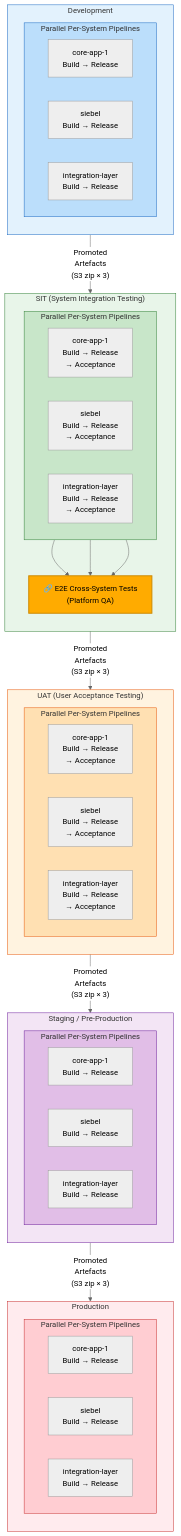
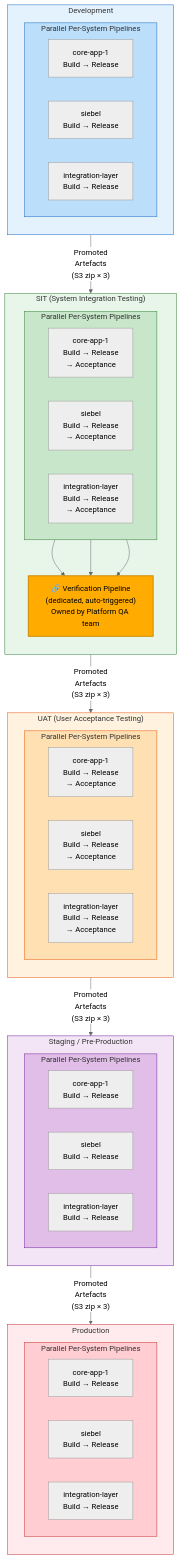
Before and after one commit to mitsram/integration-example-aws: the seventh of 14 diagrams in docs/cicd-integration.md, drawn with Mermaid (neutral theme). The commit also changed other lines of this file and 1 other file, not shown here.

````diff
--- a/docs/cicd-integration.md
+++ b/docs/cicd-integration.md
@@ -168,73 +252,73 @@
 ```mermaid
 flowchart TB
     subgraph DEV["Development"]
         direction TB
         subgraph DEV_P["Parallel Per-System Pipelines"]
             direction LR
             D_CA1["core-app-1\nBuild → Release"]
             D_SBL["siebel\nBuild → Release"]
             D_IL["integration-layer\nBuild → Release"]
         end
     end
 
     subgraph SIT["SIT (System Integration Testing)"]
         direction TB
         subgraph SIT_P["Parallel Per-System Pipelines"]
             direction LR
             S_CA1["core-app-1\nBuild → Release\n→ Acceptance"]
             S_SBL["siebel\nBuild → Release\n→ Acceptance"]
             S_IL["integration-layer\nBuild → Release\n→ Acceptance"]
         end
-        SIT_E2E["🔗 E2E Cross-System Tests\n(Platform QA)"]
+        SIT_E2E["🔗 Verification Pipeline\n(dedicated, auto-triggered)\nOwned by Platform QA team"]
         S_CA1 --> SIT_E2E
         S_SBL --> SIT_E2E
         S_IL --> SIT_E2E
     end
 
     subgraph UAT["UAT (User Acceptance Testing)"]
         direction TB
         subgraph UAT_P["Parallel Per-System Pipelines"]
             direction LR
             U_CA1["core-app-1\nBuild → Release\n→ Acceptance"]
             U_SBL["siebel\nBuild → Release\n→ Acceptance"]
             U_IL["integration-layer\nBuild → Release\n→ Acceptance"]
         end
     end
 
     subgraph STG["Staging / Pre-Production"]
         direction TB
         subgraph STG_P["Parallel Per-System Pipelines"]
             direction LR
             ST_CA1["core-app-1\nBuild → Release"]
             ST_SBL["siebel\nBuild → Release"]
             ST_IL["integration-layer\nBuild → Release"]
         end
     end
 
     subgraph PROD["Production"]
         direction TB
         subgraph PROD_P["Parallel Per-System Pipelines"]
             direction LR
             P_CA1["core-app-1\nBuild → Release"]
             P_SBL["siebel\nBuild → Release"]
             P_IL["integration-layer\nBuild → Release"]
         end
     end
 
     DEV -- "Promoted\nArtefacts\n(S3 zip × 3)" --> SIT
     SIT_E2E -- "Promoted\nArtefacts\n(S3 zip × 3)" --> UAT
     UAT -- "Promoted\nArtefacts\n(S3 zip × 3)" --> STG
     STG -- "Promoted\nArtefacts\n(S3 zip × 3)" --> PROD
 
     style DEV fill:#e3f2fd,stroke:#1565c0
     style SIT fill:#e8f5e9,stroke:#2e7d32
     style UAT fill:#fff3e0,stroke:#e65100
     style STG fill:#f3e5f5,stroke:#6a1b9a
     style PROD fill:#ffebee,stroke:#c62828
     style SIT_E2E fill:#FFAB00,color:#000,stroke:#cc8800,stroke-width:2px
     style DEV_P fill:#bbdefb,stroke:#1565c0
     style SIT_P fill:#c8e6c9,stroke:#2e7d32
     style UAT_P fill:#ffe0b2,stroke:#e65100
     style STG_P fill:#e1bee7,stroke:#6a1b9a
     style PROD_P fill:#ffcdd2,stroke:#c62828
 ```
````
